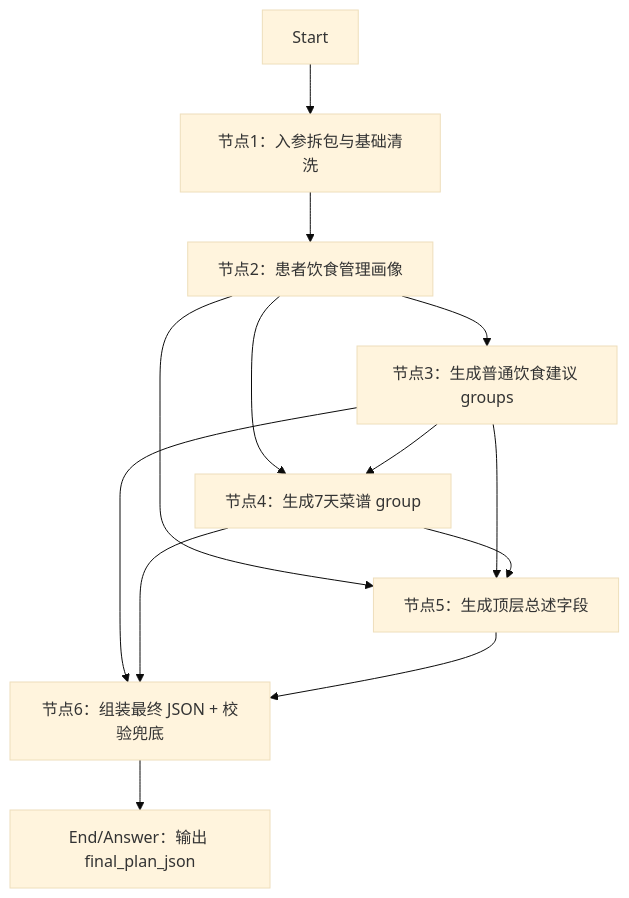
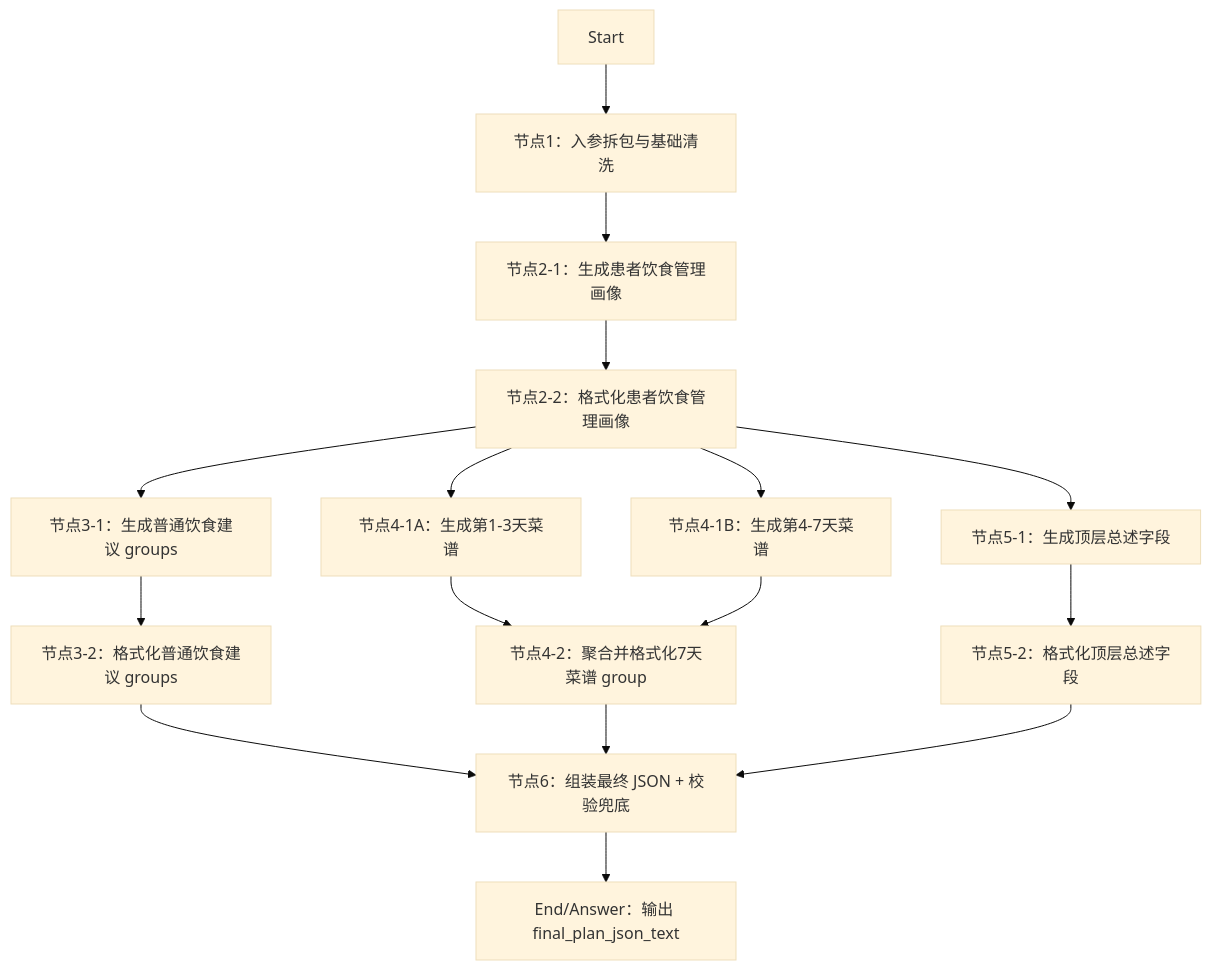
The diagram in 【专项】干预方案/02-DIFY工程/DIFY工程-AI干预方案-饮食方案/README.md (tristankeyima-beep/hcare), drawn with Mermaid (base theme) before and after one commit. The commit also changed other lines of this file and 21 other files, not shown here.

````diff
--- a/【专项】干预方案/02-DIFY工程/DIFY工程-AI干预方案-饮食方案/README.md
+++ b/【专项】干预方案/02-DIFY工程/DIFY工程-AI干预方案-饮食方案/README.md
@@ -13,19 +13,22 @@
 ```mermaid
 flowchart TB
   A["Start"] --> B["节点1：入参拆包与基础清洗"]
 
-  B --> C["节点2：患者饮食管理画像"]
+  B --> C1["节点2-1：生成患者饮食管理画像"]
+  C1 --> C["节点2-2：格式化患者饮食管理画像"]
 
-  C --> D["节点3：生成普通饮食建议 groups"]
-  C --> E["节点4：生成7天菜谱 group"]
-  D --> E
+  C --> D1["节点3-1：生成普通饮食建议 groups"]
+  D1 --> D["节点3-2：格式化普通饮食建议 groups"]
+  C --> E1A["节点4-1A：生成第1-3天菜谱"]
+  C --> E1B["节点4-1B：生成第4-7天菜谱"]
+  E1A --> E["节点4-2：聚合并格式化7天菜谱 group"]
+  E1B --> E
 
-  C --> F["节点5：生成顶层总述字段"]
-  D --> F
-  E --> F
+  C --> F1["节点5-1：生成顶层总述字段"]
+  F1 --> F["节点5-2：格式化顶层总述字段"]
 
   D --> G["节点6：组装最终 JSON + 校验兜底"]
   E --> G
   F --> G
-  G --> H["End/Answer：输出 final_plan_json"]
+  G --> H["End/Answer：输出 final_plan_json_text"]
 ```
````
